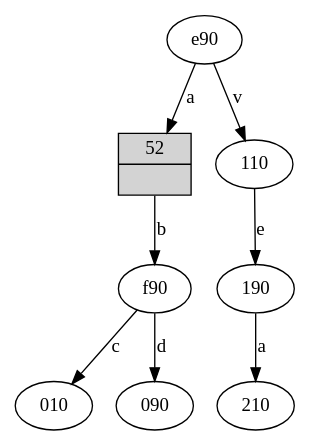
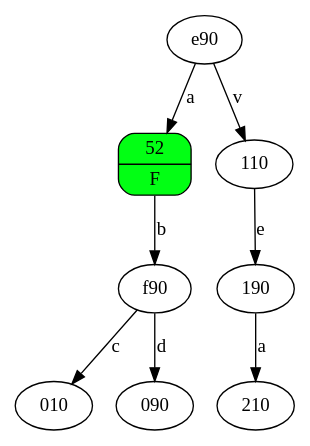
Before and after one commit to ReposAcces/AutomatonMinimization: the diagram in Trie/testDot.dot, drawn with Graphviz. The commit also changed 7 other files, not shown here.

```diff
--- a/Trie/testDot.dot
+++ b/Trie/testDot.dot
@@ -1,12 +1,12 @@
 digraph ll {
 
-	f10[shape=record, style=filled , label="{ <data> 52  |  <ew>   } "];
+	f10[shape=Mrecord, style=filled, fillcolor="#02ff14" , label="{ <data> 52  |  <ew>F   } "];
 
 	e90 -> f10 [label=a];
 	e90 -> 110 [label=v];
 	f10 -> f90 [label=b];
 	110 -> 190 [label=e];
 	f90 -> 010 [label=c];
 	f90 -> 090 [label=d];
 	190 -> 210 [label=a];
 }
```
